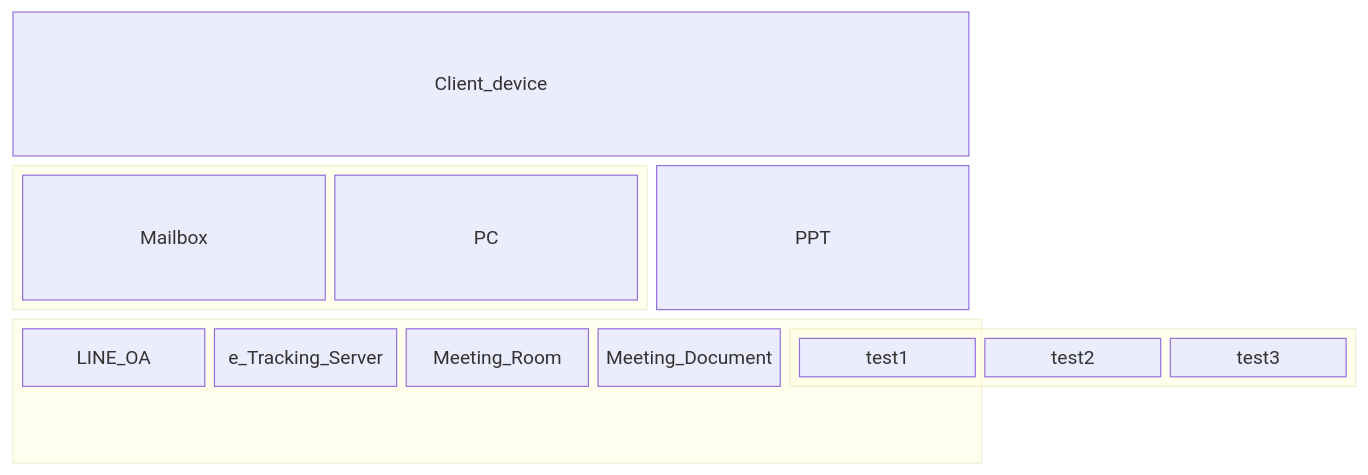
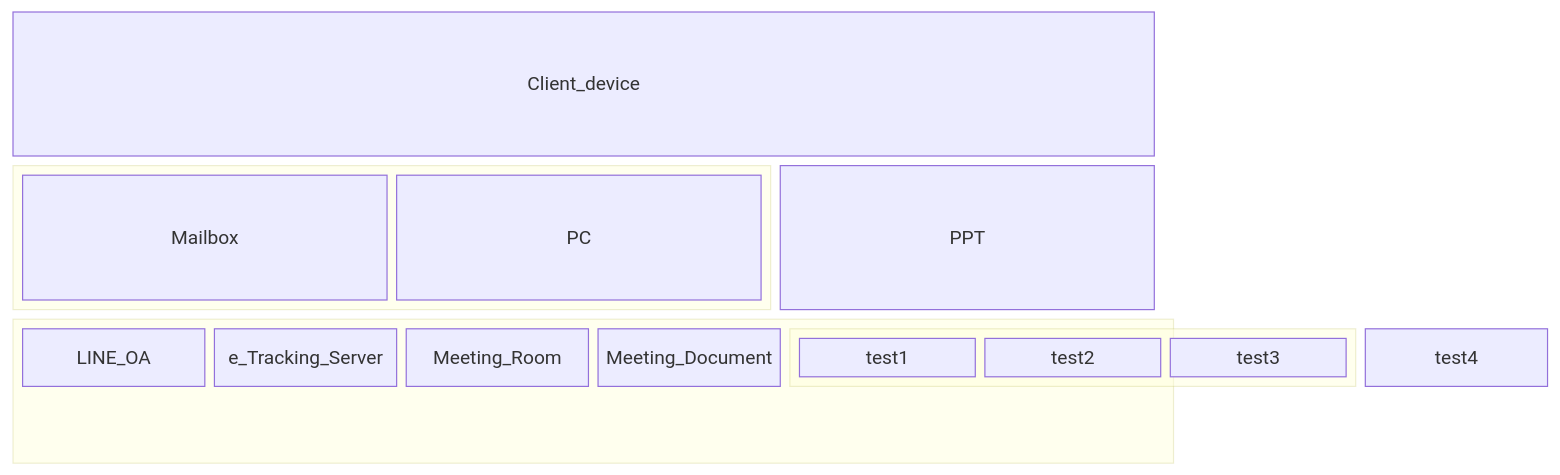
One commit to Kietpawpan/pdpa changed the sixth of 6 diagrams in README.md. Above: the diagram before and after it, drawn with Mermaid.

````diff
--- a/README.md
+++ b/README.md
@@ -123,18 +123,19 @@
 ```mermaid
 block-beta
   columns 3
   Client_device:3
   block:group1:2
     columns 2
     Mailbox PC
   end
   PPT
   block:group2:3
     %% columns auto (default)
     LINE_OA e_Tracking_Server Meeting_Room Meeting_Document
   block:group3:3
    %% columns auto (default)
 	test1 test2 test3
 end
+test4
 end
 ```
````
